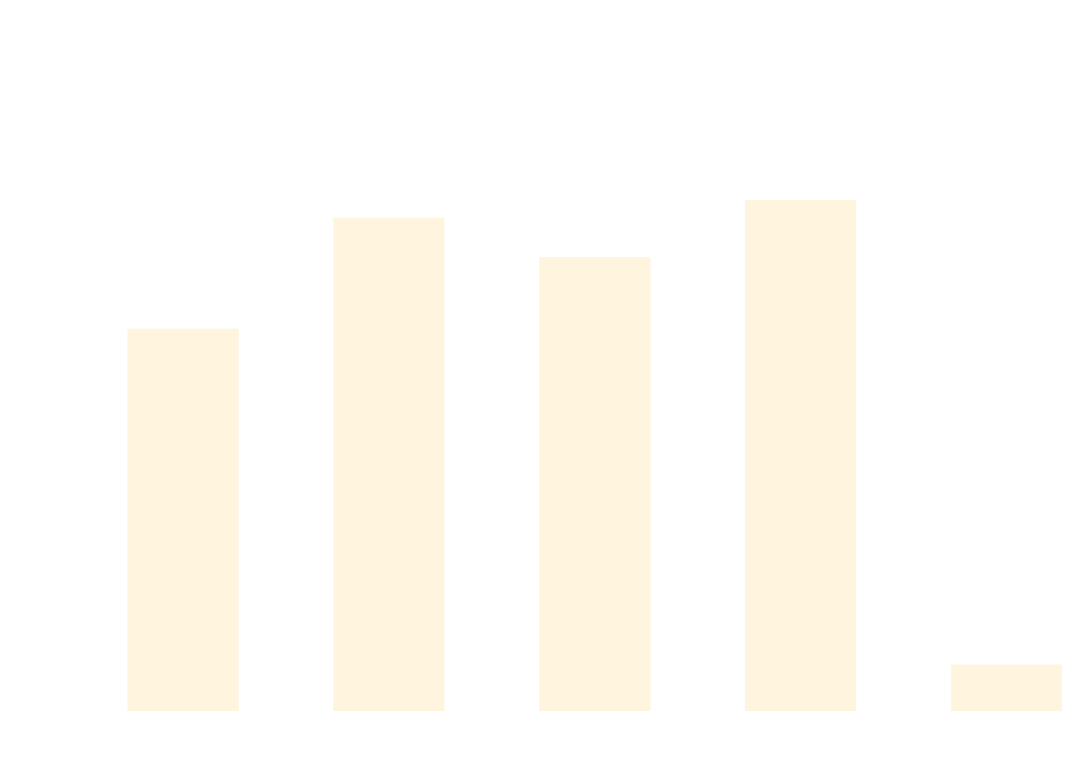
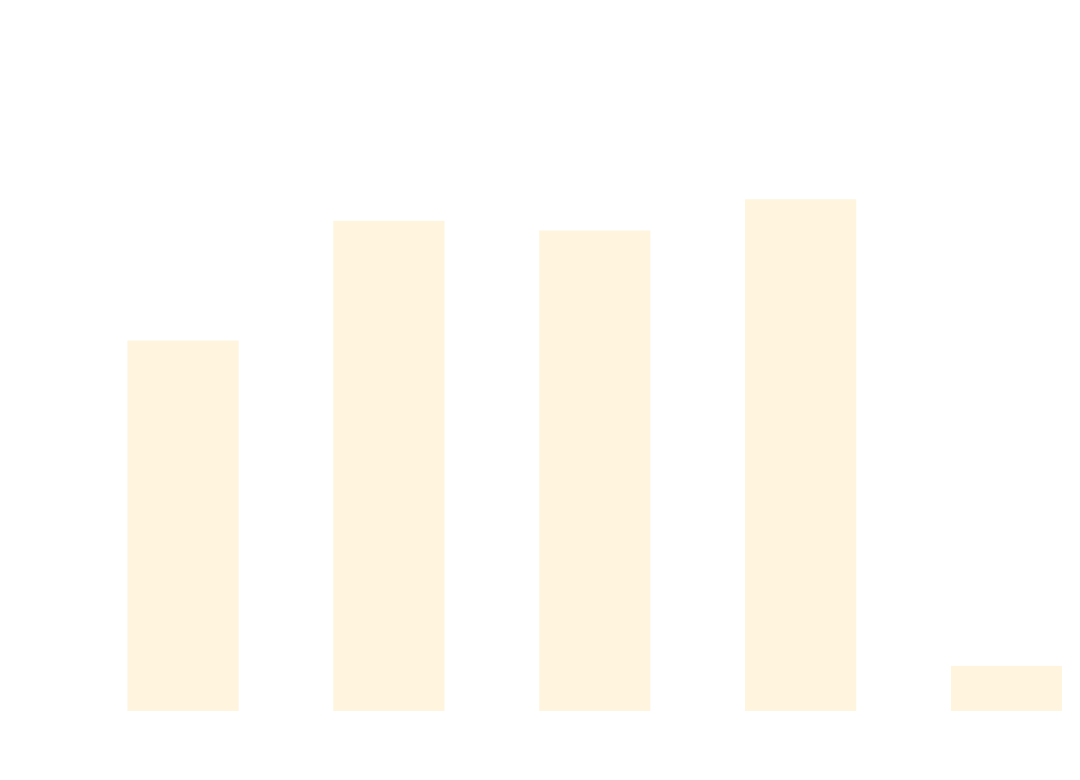
The diagram in docs/docs/benchmarks/ScaleTests.md (thomhurst/TUnit), drawn with Mermaid before and after one commit. The commit also changed other lines of this file and 17 other files, not shown here.

````diff
--- a/docs/docs/benchmarks/ScaleTests.md
+++ b/docs/docs/benchmarks/ScaleTests.md
@@ -27,37 +27,37 @@
 ```mermaid
 %%{init: {
   'theme':'base',
   'themeVariables': {
     'primaryColor': '#2563eb',
     'primaryTextColor': '#ffffff',
     'primaryBorderColor': '#1e40af',
     'lineColor': '#6b7280',
     'secondaryColor': '#7c3aed',
     'tertiaryColor': '#dc2626',
     'background': '#ffffff',
     'mainBkg': '#2563eb',
     'secondBkg': '#7c3aed',
     'tertiaryBkg': '#dc2626',
     'clusterBkg': '#f3f4f6',
     'edgeLabelBackground': '#ffffff',
     'tertiaryTextColor': '#1f2937',
     'pie1': '#2563eb',
     'pie2': '#7c3aed',
     'pie3': '#dc2626',
     'pie4': '#f59e0b',
     'pie5': '#10b981',
     'pie6': '#06b6d4',
     'pie7': '#ec4899',
     'pie8': '#6366f1',
     'pie9': '#84cc16',
     'pie10': '#f97316',
     'pie11': '#14b8a6',
     'pie12': '#a855f7'
   }
 }}%%
 xychart-beta
   title "ScaleTests Performance Comparison"
   x-axis ["TUnit", "NUnit", "MSTest", "xUnit3", "TUnit_AOT"]
-  y-axis "Time (ms)" 0 --> 734
-  bar [452.51, 589, 540.5, 611.01, 39.57]
+  y-axis "Time (ms)" 0 --> 765
+  bar [456.44, 609.9, 597.46, 637.48, 39.61]
 ```
````
